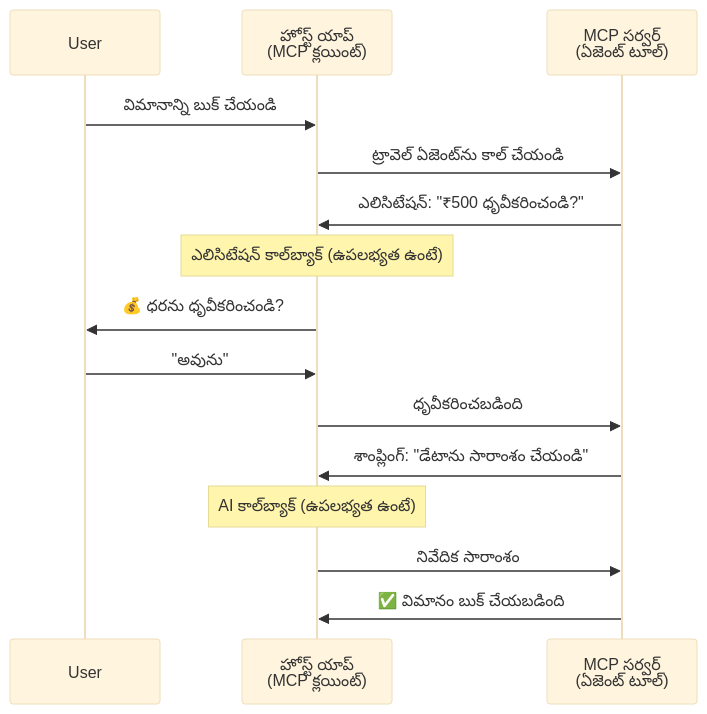
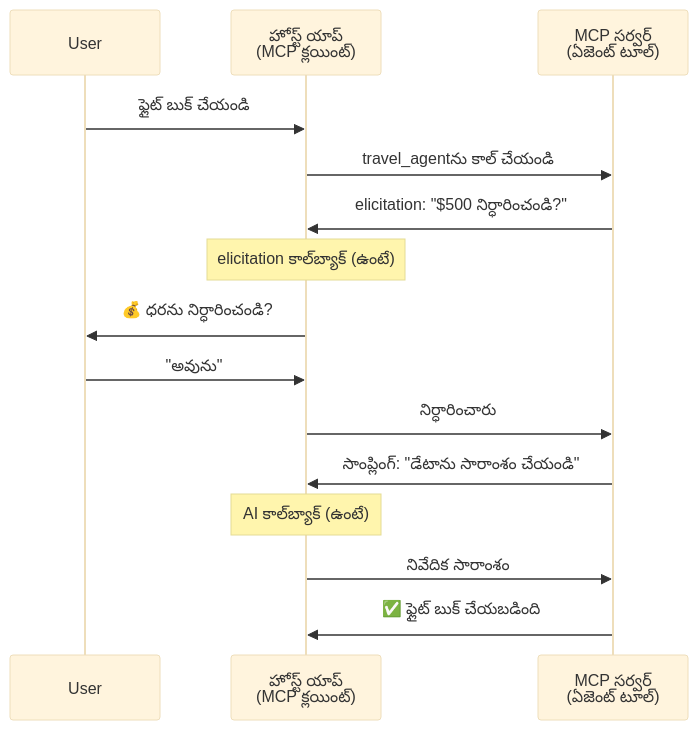
One commit to gabrielmoreira/agent-skills-mirror changed the fourth of 5 diagrams in mirrors/repos/microsoft@ai-agents-for-beginners/translations/te/11-agentic-protocols/code_samples/mcp-agents/README.md. Above: the diagram before and after it, drawn with Mermaid (base theme). The commit also changed other lines of this file and 4482 other files, not shown here.

````diff
--- a/mirrors/repos/microsoft@ai-agents-for-beginners/translations/te/11-agentic-protocols/code_samples/mcp-agents/README.md
+++ b/mirrors/repos/microsoft@ai-agents-for-beginners/translations/te/11-agentic-protocols/code_samples/mcp-agents/README.md
@@ -160,21 +163,21 @@
 ```mermaid
 sequenceDiagram
     participant User
     participant Host as హోస్ట్ యాప్<br/>(MCP క్లయింట్)
     participant Server as MCP సర్వర్<br/>(ఏజెంట్ టూల్)
 
-    User->>Host: విమానాన్ని బుక్ చేయండి
-    Host->>Server: ట్రావెల్ ఏజెంట్‌ను కాల్ చేయండి
+    User->>Host: ఫ్లైట్ బుక్ చేయండి
+    Host->>Server: travel_agent‌ను కాల్ చేయండి
 
-    Server->>Host: ఎలిసిటేషన్: "₹500 ధృవీకరించండి?"
-    Note over Host: ఎలిసిటేషన్ కాల్‌బ్యాక్ (ఉపలభ్యత ఉంటే)
-    Host->>User: 💰 ధరను ధృవీకరించండి?
+    Server->>Host: elicitation: "$500 నిర్ధారించండి?"
+    Note over Host: elicitation కాల్‌బ్యాక్ (ఉంటే)
+    Host->>User: 💰 ధరను నిర్ధారించండి?
     User->>Host: "అవును"
-    Host->>Server: ధృవీకరించబడింది
+    Host->>Server: నిర్ధారించారు
 
-    Server->>Host: శాంప్లింగ్: "డేటాను సారాంశం చేయండి"
-    Note over Host: AI కాల్‌బ్యాక్ (ఉపలభ్యత ఉంటే)
+    Server->>Host: సాంప్లింగ్: "డేటాను సారాంశం చేయండి"
+    Note over Host: AI కాల్‌బ్యాక్ (ఉంటే)
     Host->>Server: నివేదిక సారాంశం
 
-    Server->>Host: ✅ విమానం బుక్ చేయబడింది
+    Server->>Host: ✅ ఫ్లైట్ బుక్ చేయబడింది
 ```
````
